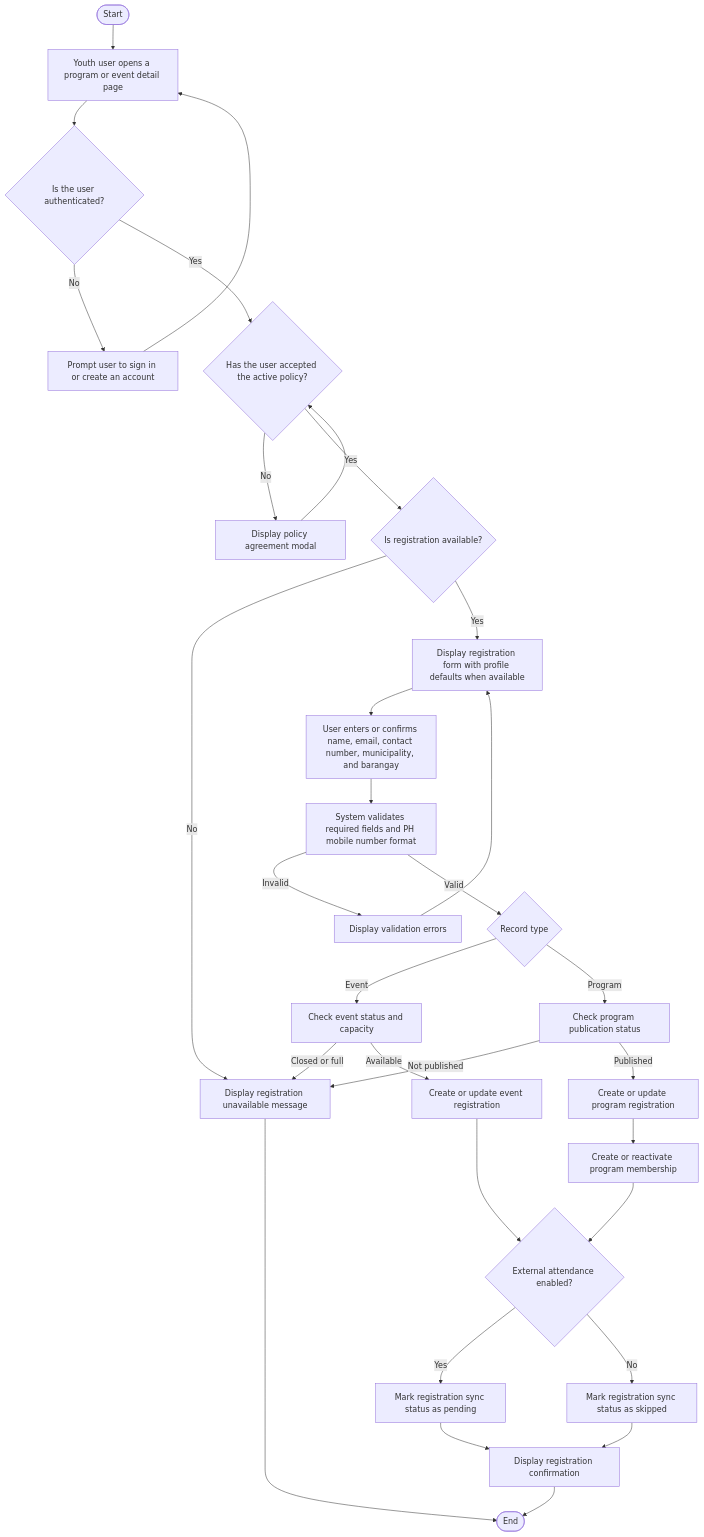
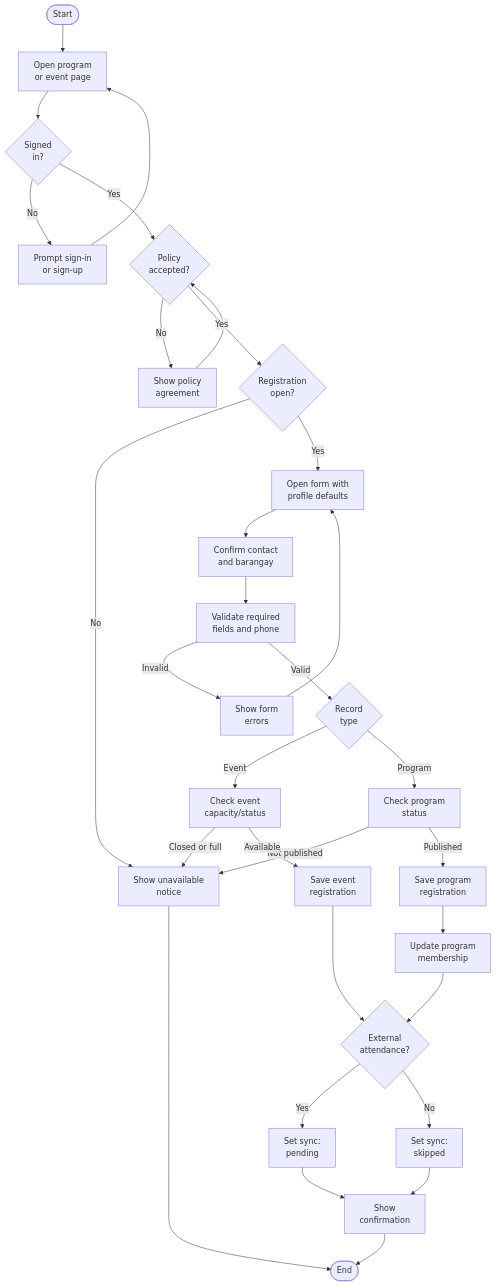
Before and after one commit to txiaoqt/activity_diagram: the third of 7 diagrams in 3.2.1-Activity-Diagram.md, drawn with Mermaid. The commit also changed other lines of this file, not shown here.

Commit message:
Improve activity diagram readability

````diff
--- a/3.2.1-Activity-Diagram.md
+++ b/3.2.1-Activity-Diagram.md
@@ -63,33 +63,34 @@
 ```mermaid
+%%{init: {"flowchart": {"htmlLabels": true, "nodeSpacing": 45, "rankSpacing": 55}} }%%
 flowchart TD
-    A([Start]) --> B[Youth user opens a program or event detail page]
-    B --> C{Is the user authenticated?}
-    C -- No --> D[Prompt user to sign in or create an account]
+    A([Start]) --> B["Open program<br/>or event page"]
+    B --> C{"Signed<br/>in?"}
+    C -- No --> D["Prompt sign-in<br/>or sign-up"]
     D --> B
-    C -- Yes --> E{Has the user accepted the active policy?}
-    E -- No --> F[Display policy agreement modal]
+    C -- Yes --> E{"Policy<br/>accepted?"}
+    E -- No --> F["Show policy<br/>agreement"]
     F --> E
-    E -- Yes --> G{Is registration available?}
-    G -- No --> H[Display registration unavailable message]
-    G -- Yes --> I[Display registration form with profile defaults when available]
-    I --> J[User enters or confirms name, email, contact number, municipality, and barangay]
-    J --> K[System validates required fields and PH mobile number format]
-    K -- Invalid --> L[Display validation errors]
+    E -- Yes --> G{"Registration<br/>open?"}
+    G -- No --> H["Show unavailable<br/>notice"]
+    G -- Yes --> I["Open form with<br/>profile defaults"]
+    I --> J["Confirm contact<br/>and barangay"]
+    J --> K["Validate required<br/>fields and phone"]
+    K -- Invalid --> L["Show form<br/>errors"]
     L --> I
-    K -- Valid --> M{Record type}
-    M -- Event --> N[Check event status and capacity]
-    M -- Program --> O[Check program publication status]
+    K -- Valid --> M{"Record<br/>type"}
+    M -- Event --> N["Check event<br/>capacity/status"]
+    M -- Program --> O["Check program<br/>status"]
     N -- Closed or full --> H
     O -- Not published --> H
-    N -- Available --> P[Create or update event registration]
-    O -- Published --> Q[Create or update program registration]
-    Q --> R[Create or reactivate program membership]
-    P --> S{External attendance enabled?}
+    N -- Available --> P["Save event<br/>registration"]
+    O -- Published --> Q["Save program<br/>registration"]
+    Q --> R["Update program<br/>membership"]
+    P --> S{"External<br/>attendance?"}
     R --> S
-    S -- Yes --> T[Mark registration sync status as pending]
-    S -- No --> U[Mark registration sync status as skipped]
-    T --> V[Display registration confirmation]
+    S -- Yes --> T["Set sync:<br/>pending"]
+    S -- No --> U["Set sync:<br/>skipped"]
+    T --> V["Show<br/>confirmation"]
     U --> V
     V --> W([End])
     H --> W
 ```
````
